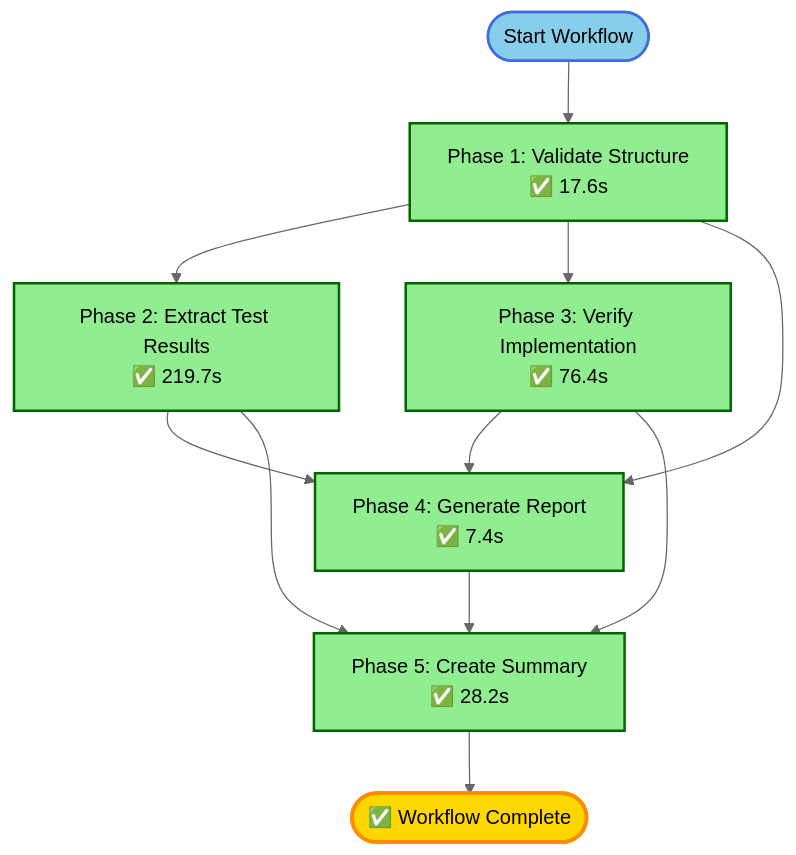
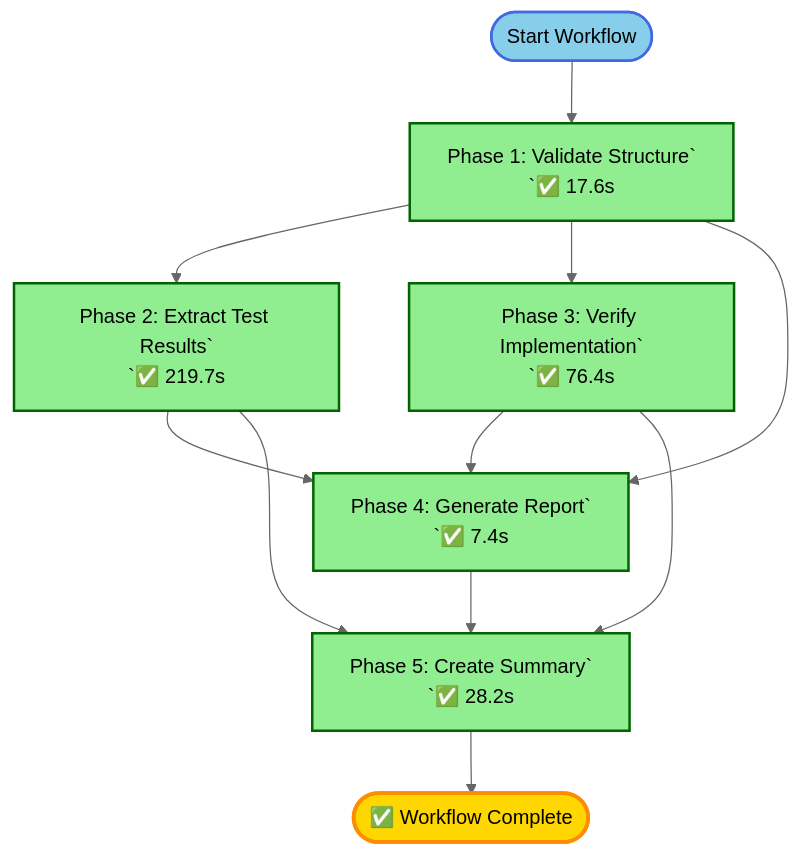
The second of 2 diagrams in artifacts/WORKFLOW-EXECUTION-DIAGRAM.md (hringekjan/bg-remover), drawn with Mermaid (neutral theme) before and after one commit. The commit also changed other lines of this file and 207 other files, not shown here.

````diff
--- a/artifacts/WORKFLOW-EXECUTION-DIAGRAM.md
+++ b/artifacts/WORKFLOW-EXECUTION-DIAGRAM.md
@@ -89,25 +89,25 @@
 ```mermaid
 graph TD
-    Start2([Start Workflow]) --> Phase1_2[Phase 1: Validate Structure<br/>✅ 17.6s]
+    Start2([Start Workflow]) --> Phase1_2[Phase 1: Validate Structure`<br/>`✅ 17.6s]
 
-    Phase1_2 --> Phase2_2[Phase 2: Extract Test Results<br/>✅ 219.7s]
-    Phase1_2 --> Phase3_2[Phase 3: Verify Implementation<br/>✅ 76.4s]
+    Phase1_2 --> Phase2_2[Phase 2: Extract Test Results`<br/>`✅ 219.7s]
+    Phase1_2 --> Phase3_2[Phase 3: Verify Implementation`<br/>`✅ 76.4s]
 
-    Phase2_2 --> Phase4_2[Phase 4: Generate Report<br/>✅ 7.4s]
+    Phase2_2 --> Phase4_2[Phase 4: Generate Report`<br/>`✅ 7.4s]
     Phase3_2 --> Phase4_2
     Phase1_2 --> Phase4_2
 
-    Phase4_2 --> Phase5_2[Phase 5: Create Summary<br/>✅ 28.2s]
+    Phase4_2 --> Phase5_2[Phase 5: Create Summary`<br/>`✅ 28.2s]
     Phase2_2 --> Phase5_2
     Phase3_2 --> Phase5_2
 
     Phase5_2 --> End2([✅ Workflow Complete])
 
     style Phase1_2 fill:#90EE90,stroke:#006400,stroke-width:2px
     style Phase2_2 fill:#90EE90,stroke:#006400,stroke-width:2px
     style Phase3_2 fill:#90EE90,stroke:#006400,stroke-width:2px
     style Phase4_2 fill:#90EE90,stroke:#006400,stroke-width:2px
     style Phase5_2 fill:#90EE90,stroke:#006400,stroke-width:2px
     style Start2 fill:#87CEEB,stroke:#4169E1,stroke-width:2px
     style End2 fill:#FFD700,stroke:#FF8C00,stroke-width:3px
 ```
````
